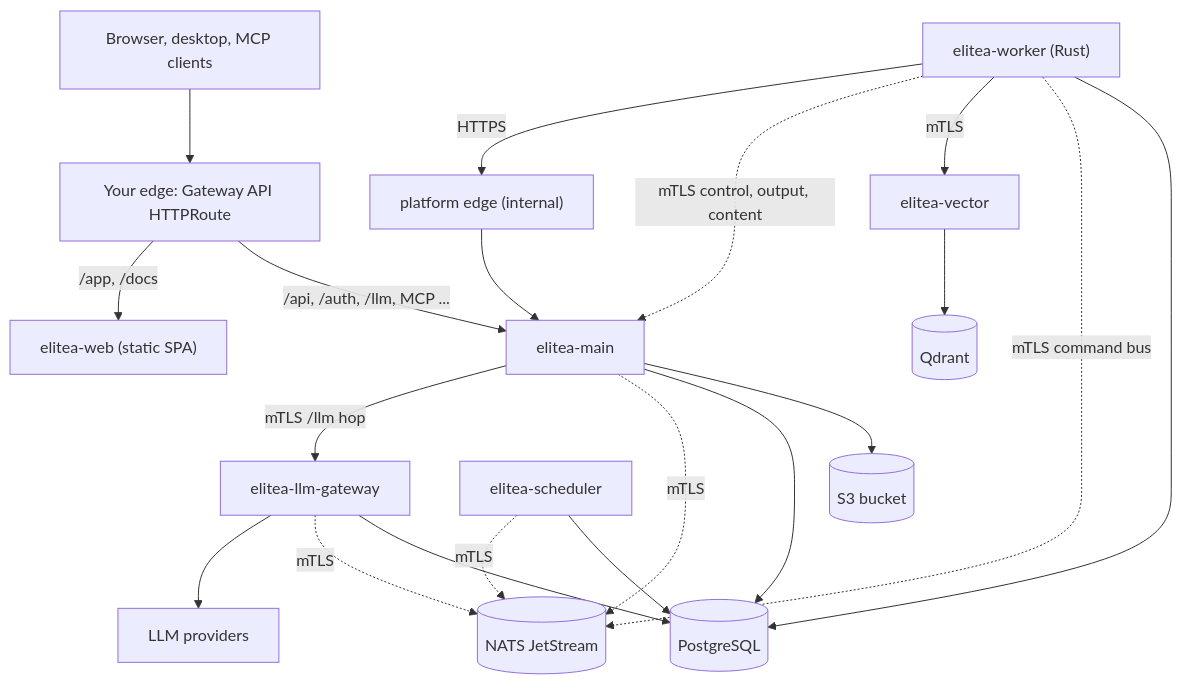
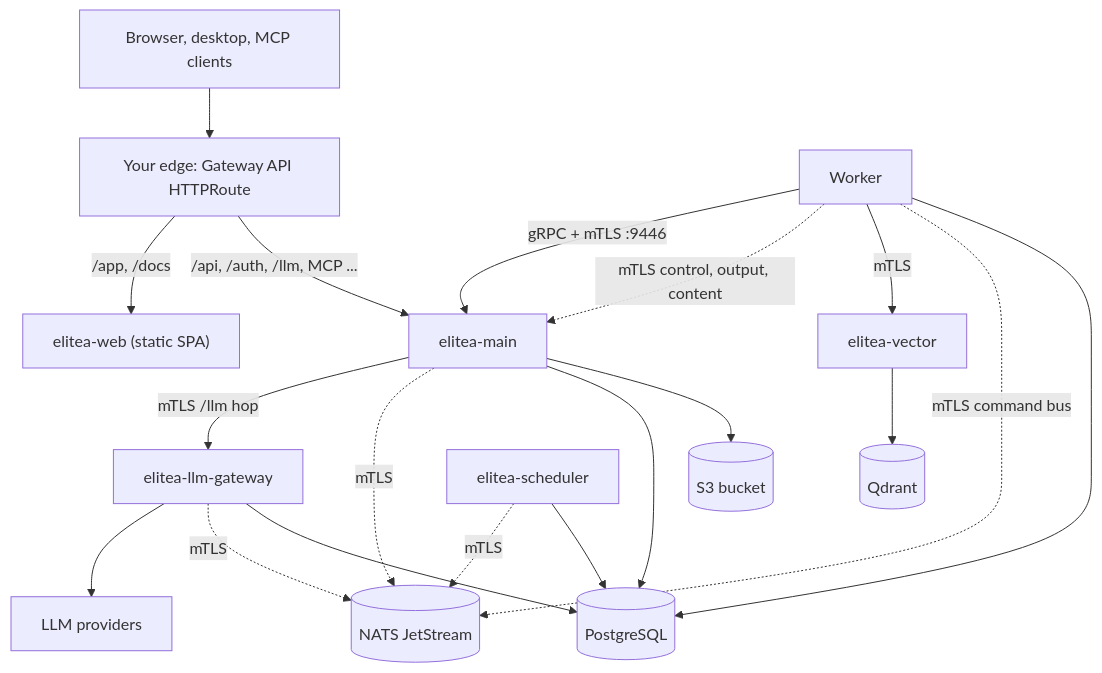
Before and after one commit to elitea-ng/elitea-platform: the diagram in apps/elitea-web/src/entries/docs/content/deployment/from-scratch.mdx, drawn with Mermaid. The commit also changed other lines of this file and 808 other files, not shown here.

First line of the commit message:
feat!: remove Traefik; elitea-main is the only edge and internal traffic is gRPC over mTLS (#1359) (#1366)

````diff
--- a/apps/elitea-web/src/entries/docs/content/deployment/from-scratch.mdx
+++ b/apps/elitea-web/src/entries/docs/content/deployment/from-scratch.mdx
@@ -14,22 +14,21 @@
 ```mermaid
 flowchart TB
     Browser["Browser, desktop, MCP clients"] --> Edge["Your edge: Gateway API HTTPRoute"]
     Edge -->|"/app, /docs"| Web["elitea-web (static SPA)"]
     Edge -->|"/api, /auth, /llm, MCP ..."| Main["elitea-main"]
     Main -->|"mTLS /llm hop"| GW["elitea-llm-gateway"]
     GW --> Providers["LLM providers"]
-    Worker["elitea-worker (Rust)"] -->|"HTTPS"| PEdge["platform edge (internal)"]
-    PEdge --> Main
+    Worker -->|"gRPC + mTLS :9446"| Main
     Worker -. "mTLS control, output, content" .-> Main
     Worker -->|"mTLS"| Vector["elitea-vector"]
     Vector --> Qdrant[("Qdrant")]
     Main -. "mTLS" .-> NATS[("NATS JetStream")]
     Worker -. "mTLS command bus" .-> NATS
     GW -. "mTLS" .-> NATS
     Sched["elitea-scheduler"] -. "mTLS" .-> NATS
     Main --> PG[("PostgreSQL")]
     GW --> PG
     Sched --> PG
     Worker --> PG
     Main --> S3[("S3 bucket")]
 ```
````
